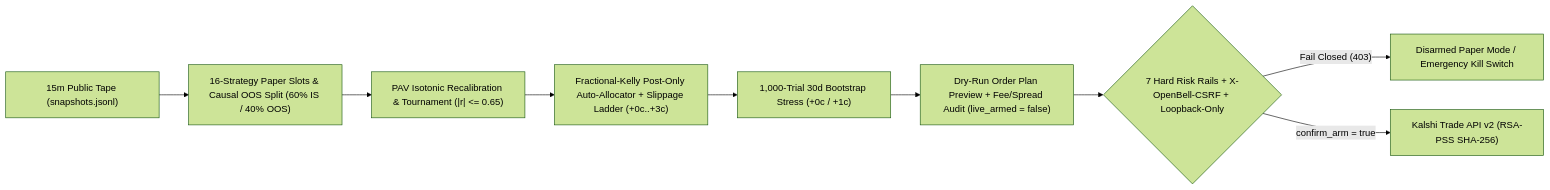
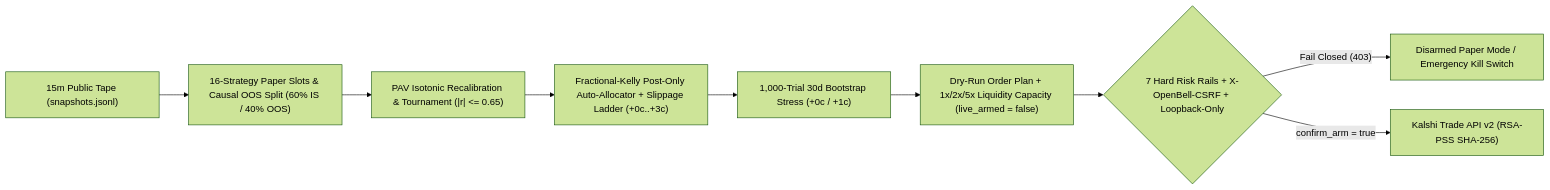
One commit to cayleb-james2008/openbell changed the diagram in README.md. Above: the diagram before and after it, drawn with Mermaid (forest theme). The commit also changed other lines of this file and 26 other files, not shown here.

Commit message:
release: OpenBell v0.24.0 causal liquidity capacity, 1x/2x/5x scaling & 6.7k req/s

````diff
--- a/README.md
+++ b/README.md
@@ -46,11 +46,11 @@
 ```mermaid
 flowchart LR
   T["15m Public Tape (snapshots.jsonl)"] --> S["16-Strategy Paper Slots & Causal OOS Split (60% IS / 40% OOS)"]
   S --> Q["PAV Isotonic Recalibration & Tournament (|r| <= 0.65)"]
   Q --> A["Fractional-Kelly Post-Only Auto-Allocator + Slippage Ladder (+0c..+3c)"]
   A --> B["1,000-Trial 30d Bootstrap Stress (+0c / +1c)"]
-  B --> P["Dry-Run Order Plan Preview + Fee/Spread Audit (live_armed = false)"]
+  B --> P["Dry-Run Order Plan + 1x/2x/5x Liquidity Capacity (live_armed = false)"]
   P --> R{"7 Hard Risk Rails + X-OpenBell-CSRF + Loopback-Only"}
   R -- "Fail Closed (403)" --> D["Disarmed Paper Mode / Emergency Kill Switch"]
   R -- "confirm_arm = true" --> K["Kalshi Trade API v2 (RSA-PSS SHA-256)"]
 ```
````
